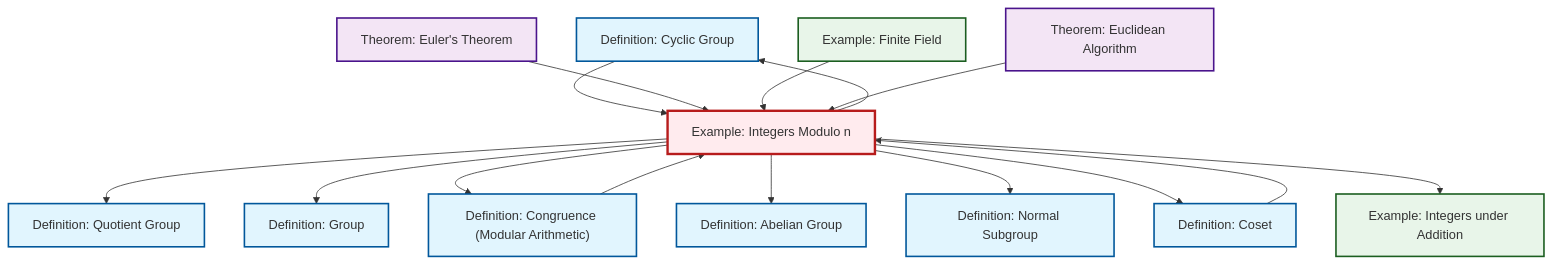
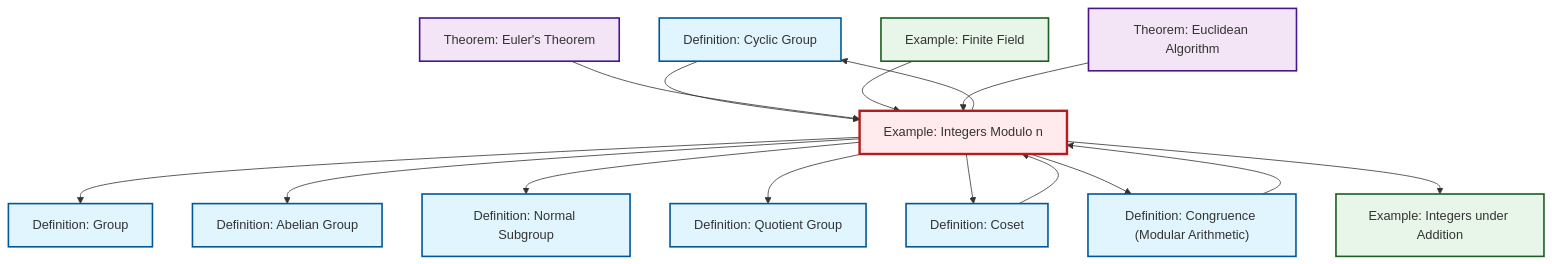
The diagram in content/en/algebra/ex-quotient-integers-mod-n.qmd (RK0429/ModernMath), drawn with Mermaid before and after one commit. The commit also changed other lines of this file and 491 other files, not shown here.

````diff
--- a/content/en/algebra/ex-quotient-integers-mod-n.qmd
+++ b/content/en/algebra/ex-quotient-integers-mod-n.qmd
@@ -121,47 +121,47 @@
 ```{mermaid}
 %%| fig-cap: "Local dependency graph"
 graph TD
     classDef definition fill:#e1f5fe,stroke:#01579b,stroke-width:2px
     classDef theorem fill:#f3e5f5,stroke:#4a148c,stroke-width:2px
     classDef axiom fill:#fff3e0,stroke:#e65100,stroke-width:2px
     classDef example fill:#e8f5e9,stroke:#1b5e20,stroke-width:2px
     classDef current fill:#ffebee,stroke:#b71c1c,stroke-width:3px
-    ex-integers-addition["Example: Integers under Addition"]:::example
-    def-group["Definition: Group"]:::definition
+    def-abelian-group["Definition: Abelian Group"]:::definition
     def-cyclic-group["Definition: Cyclic Group"]:::definition
-    thm-euler["Theorem: Euler's Theorem"]:::theorem
-    def-congruence["Definition: Congruence (Modular Arithmetic)"]:::definition
-    def-abelian-group["Definition: Abelian Group"]:::definition
-    ex-quotient-integers-mod-n["Example: Integers Modulo n"]:::example
-    def-coset["Definition: Coset"]:::definition
     def-normal-subgroup["Definition: Normal Subgroup"]:::definition
     ex-finite-field["Example: Finite Field"]:::example
+    thm-euler["Theorem: Euler's Theorem"]:::theorem
     thm-euclidean-algorithm["Theorem: Euclidean Algorithm"]:::theorem
+    def-coset["Definition: Coset"]:::definition
+    def-group["Definition: Group"]:::definition
+    ex-integers-addition["Example: Integers under Addition"]:::example
     def-quotient-group["Definition: Quotient Group"]:::definition
+    def-congruence["Definition: Congruence (Modular Arithmetic)"]:::definition
+    ex-quotient-integers-mod-n["Example: Integers Modulo n"]:::example
+    ex-quotient-integers-mod-n --> def-group
+    ex-quotient-integers-mod-n --> def-cyclic-group
+    ex-quotient-integers-mod-n --> def-abelian-group
+    ex-quotient-integers-mod-n --> def-normal-subgroup
+    ex-quotient-integers-mod-n --> def-quotient-group
     def-cyclic-group --> ex-quotient-integers-mod-n
-    ex-quotient-integers-mod-n --> def-quotient-group
+    ex-quotient-integers-mod-n --> def-coset
+    ex-quotient-integers-mod-n --> def-congruence
     thm-euler --> ex-quotient-integers-mod-n
+    ex-finite-field --> ex-quotient-integers-mod-n
+    thm-euclidean-algorithm --> ex-quotient-integers-mod-n
     def-coset --> ex-quotient-integers-mod-n
-    ex-quotient-integers-mod-n --> def-group
-    ex-finite-field --> ex-quotient-integers-mod-n
-    ex-quotient-integers-mod-n --> def-congruence
-    ex-quotient-integers-mod-n --> def-abelian-group
-    ex-quotient-integers-mod-n --> def-cyclic-group
-    ex-quotient-integers-mod-n --> def-normal-subgroup
-    ex-quotient-integers-mod-n --> def-coset
-    thm-euclidean-algorithm --> ex-quotient-integers-mod-n
     def-congruence --> ex-quotient-integers-mod-n
     ex-quotient-integers-mod-n --> ex-integers-addition
     class ex-quotient-integers-mod-n current
-    click ex-integers-addition "ex-integers-addition.html" "Go to Integers under Addition example"
-    click def-group "def-group.html" "Go to Group definition"
+    click def-abelian-group "def-abelian-group.html" "Go to Abelian Group definition"
     click def-cyclic-group "def-cyclic-group.html" "Go to Cyclic Group definition"
-    click thm-euler "thm-euler.html" "Go to Euler's Theorem theorem"
-    click def-congruence "def-congruence.html" "Go to Congruence (Modular Arithmetic) definition"
-    click def-abelian-group "def-abelian-group.html" "Go to Abelian Group definition"
-    click def-coset "def-coset.html" "Go to Coset definition"
     click def-normal-subgroup "def-normal-subgroup.html" "Go to Normal Subgroup definition"
     click ex-finite-field "ex-finite-field.html" "Go to Finite Field example"
+    click thm-euler "thm-euler.html" "Go to Euler's Theorem theorem"
     click thm-euclidean-algorithm "thm-euclidean-algorithm.html" "Go to Euclidean Algorithm theorem"
+    click def-coset "def-coset.html" "Go to Coset definition"
+    click def-group "def-group.html" "Go to Group definition"
+    click ex-integers-addition "ex-integers-addition.html" "Go to Integers under Addition example"
     click def-quotient-group "def-quotient-group.html" "Go to Quotient Group definition"
+    click def-congruence "def-congruence.html" "Go to Congruence (Modular Arithmetic) definition"
 ```
````
